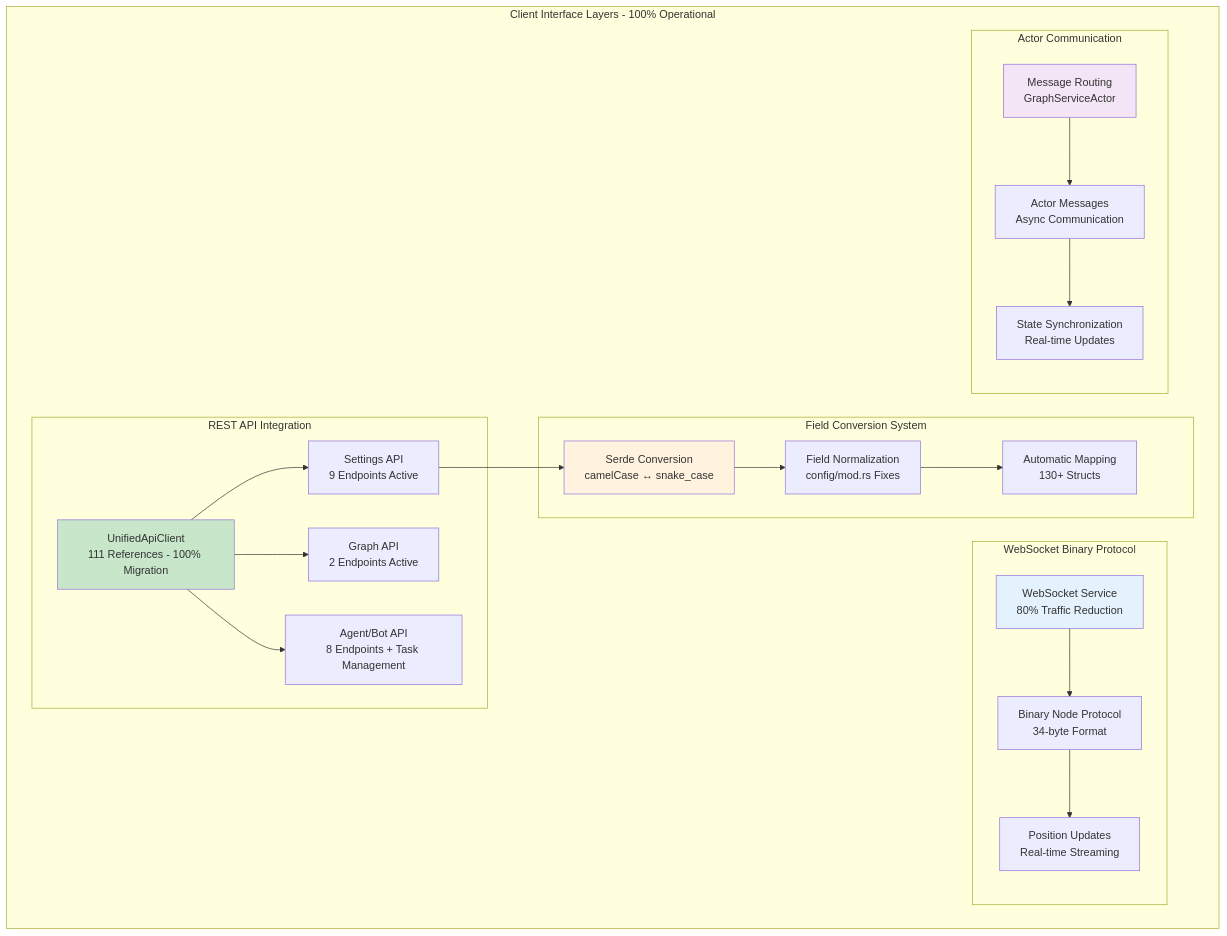
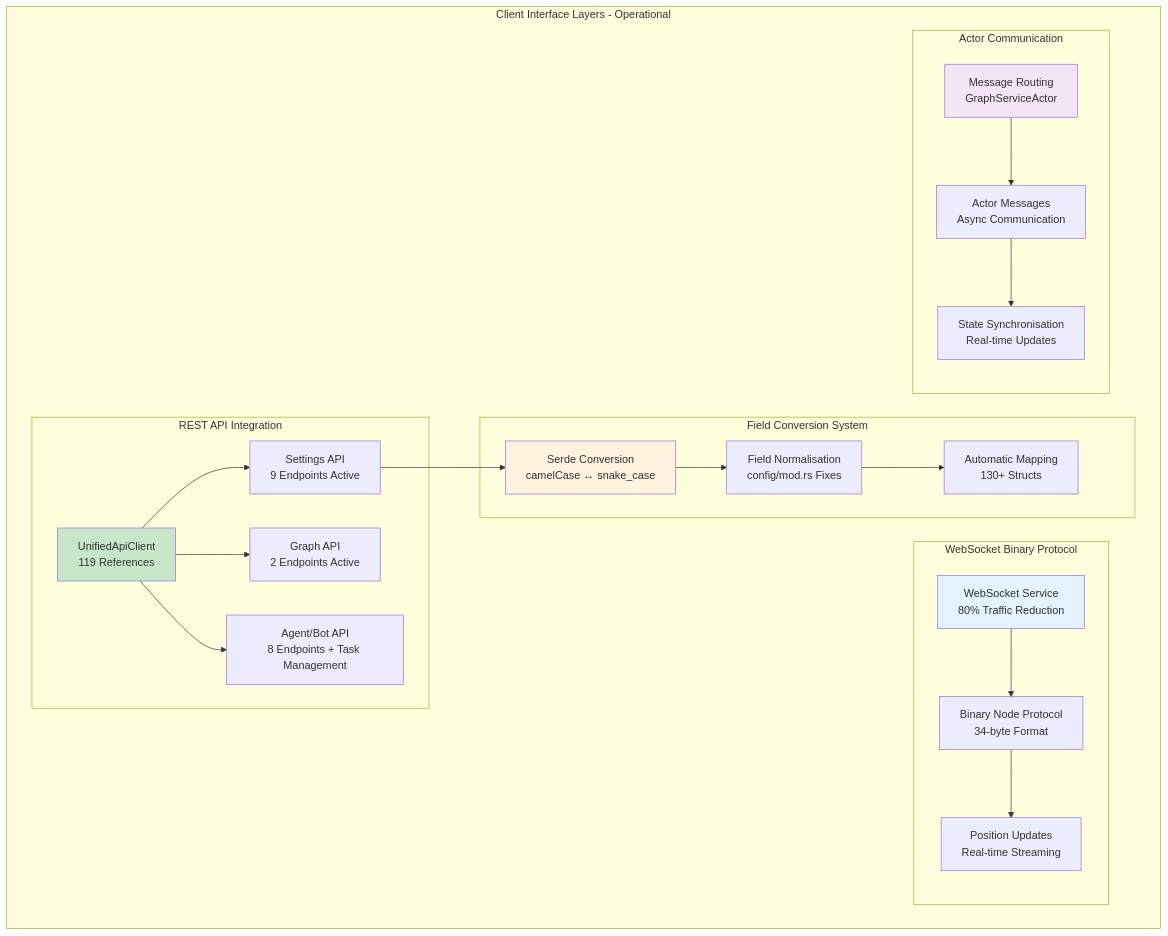
One commit to DreamLab-AI/VisionFlow changed diagram 14 of 14 in docs/client-architecture-current.md. Above: the diagram before and after it, drawn with Mermaid. The commit also changed other lines of this file, not shown here.

Commit message:
fully update client diagrams

````diff
--- a/docs/client-architecture-current.md
+++ b/docs/client-architecture-current.md
@@ -977,48 +1010,48 @@
 ```mermaid
 graph TB
-    subgraph "Client Interface Layers - 100% Operational"
+    subgraph "Client Interface Layers - Operational"
         subgraph "REST API Integration"
-            UnifiedClient["UnifiedApiClient<br/>111 References - 100% Migration"]
+            UnifiedClient["UnifiedApiClient<br/>119 References"]
             SettingsAPI["Settings API<br/>9 Endpoints Active"]
             GraphAPI["Graph API<br/>2 Endpoints Active"]
             AgentAPI["Agent/Bot API<br/>8 Endpoints + Task Management"]
         end
 
         subgraph "WebSocket Binary Protocol"
             WSService["WebSocket Service<br/>80% Traffic Reduction"]
             BinaryProtocol["Binary Node Protocol<br/>34-byte Format"]
             PositionUpdates["Position Updates<br/>Real-time Streaming"]
         end
 
         subgraph "Field Conversion System"
             SerdeConversion["Serde Conversion<br/>camelCase ↔ snake_case"]
-            FieldNormalization["Field Normalization<br/>config/mod.rs Fixes"]
+            FieldNormalisation["Field Normalisation<br/>config/mod.rs Fixes"]
             AutoMapping["Automatic Mapping<br/>130+ Structs"]
         end
 
         subgraph "Actor Communication"
             MessageRouting["Message Routing<br/>GraphServiceActor"]
             ActorMessages["Actor Messages<br/>Async Communication"]
-            StateSync["State Synchronization<br/>Real-time Updates"]
+            StateSync["State Synchronisation<br/>Real-time Updates"]
         end
     end
 
     UnifiedClient --> SettingsAPI
     UnifiedClient --> GraphAPI
     UnifiedClient --> AgentAPI
 
     WSService --> BinaryProtocol
     BinaryProtocol --> PositionUpdates
 
     SettingsAPI --> SerdeConversion
-    SerdeConversion --> FieldNormalization
-    FieldNormalization --> AutoMapping
+    SerdeConversion --> FieldNormalisation
+    FieldNormalisation --> AutoMapping
 
     MessageRouting --> ActorMessages
     ActorMessages --> StateSync
 
     style UnifiedClient fill:#c8e6c9
     style WSService fill:#e3f2fd
     style SerdeConversion fill:#fff3e0
     style MessageRouting fill:#f3e5f5
 ```
````
